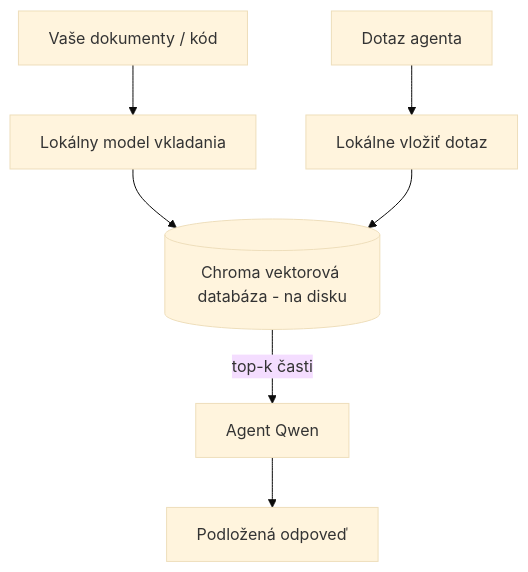
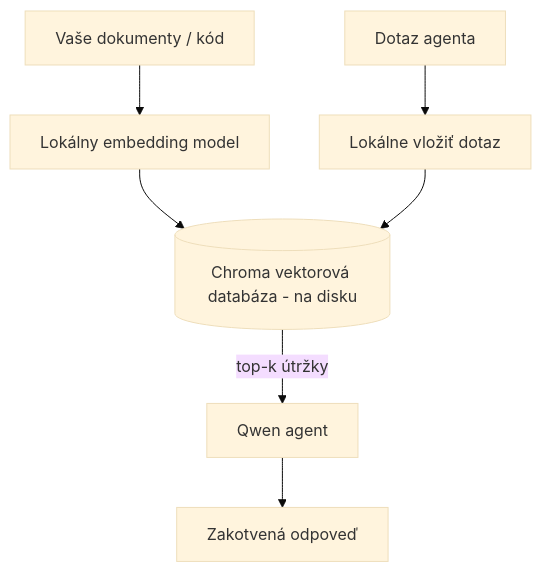
Before and after one commit to gabrielmoreira/agent-skills-mirror: the third of 4 diagrams in mirrors/repos/microsoft@ai-agents-for-beginners/translations/sk/17-creating-local-ai-agents/README.md, drawn with Mermaid (base theme). The commit also changed other lines of this file and 4262 other files, not shown here.

````diff
--- a/mirrors/repos/microsoft@ai-agents-for-beginners/translations/sk/17-creating-local-ai-agents/README.md
+++ b/mirrors/repos/microsoft@ai-agents-for-beginners/translations/sk/17-creating-local-ai-agents/README.md
@@ -125,9 +125,9 @@
 ```mermaid
 flowchart TB
-    D[Vaše dokumenty / kód] --> E[Lokálny model vkladania]
+    D[Vaše dokumenty / kód] --> E[Lokálny embedding model]
     E --> V[(Chroma vektorová databáza - na disku)]
     Q[Dotaz agenta] --> QE[Lokálne vložiť dotaz]
     QE --> V
-    V -->|top-k časti| A[Agent Qwen]
-    A --> Ans[Podložená odpoveď]
+    V -->|top-k útržky| A[Qwen agent]
+    A --> Ans[Zakotvená odpoveď]
 ```
````
